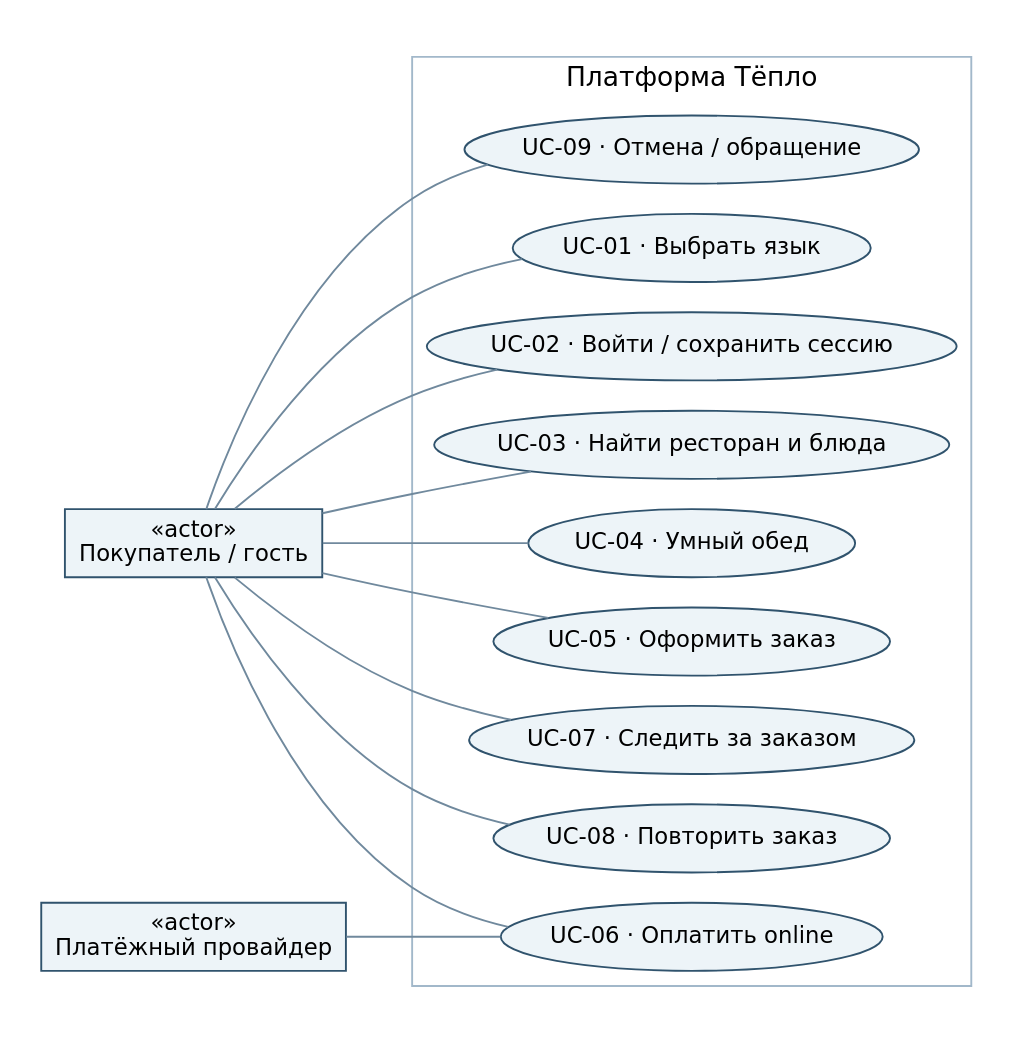
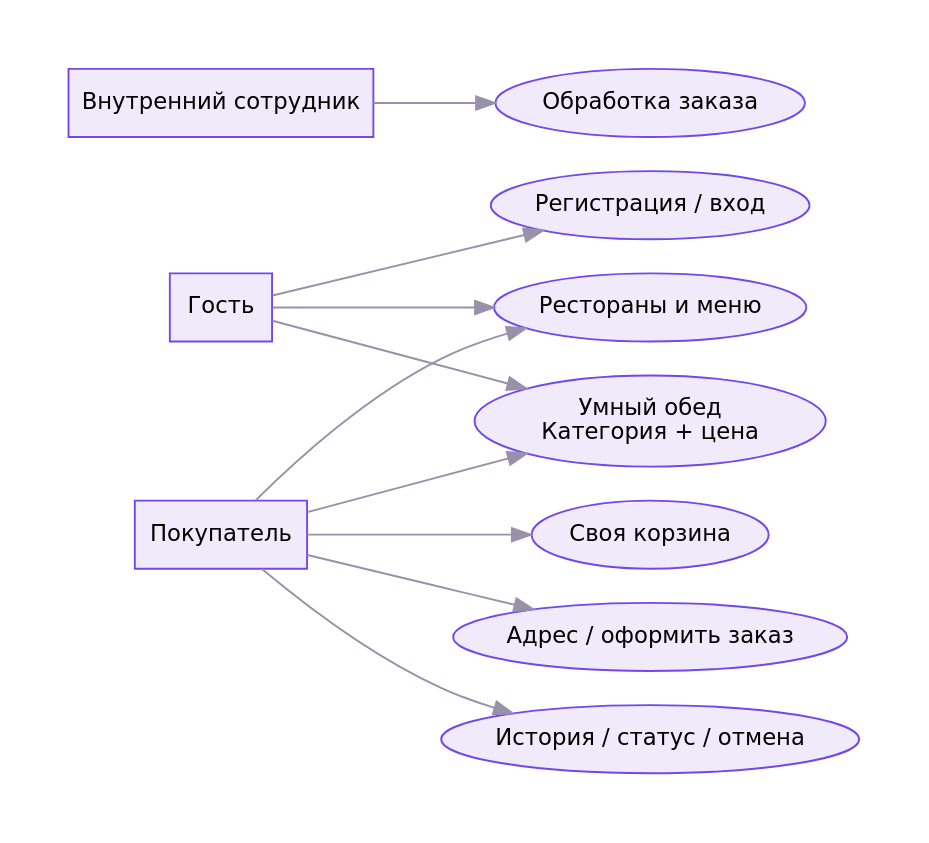
The diagram in docs/marketplace-v2/diagrams/customer-use-cases.dot (Shohjahon2707/Fast-Food-delivery), drawn with Graphviz before and after one commit. The commit also changed 90 other files, not shown here.

```diff
--- a/docs/marketplace-v2/diagrams/customer-use-cases.dot
+++ b/docs/marketplace-v2/diagrams/customer-use-cases.dot
@@ -1,25 +1,18 @@
-graph G { graph [rankdir=LR,fontname="DejaVu Sans",nodesep=.22,ranksep=.6,pad=.2];node [fontname="DejaVu Sans",fontsize=12,style=filled,fillcolor="#EDF4F8",color="#30536D"];edge [color="#70899D"];
-buyer [shape=box,label="«actor»\nПокупатель / гость"];
-pay [shape=box,label="«actor»\nПлатёжный провайдер"];
-subgraph cluster_platform {label="Платформа Тёпло";color="#A2B8CA";
-lang [shape=ellipse,label="UC-01 · Выбрать язык"];
-auth [shape=ellipse,label="UC-02 · Войти / сохранить сессию"];
-menu [shape=ellipse,label="UC-03 · Найти ресторан и блюда"];
-smart [shape=ellipse,label="UC-04 · Умный обед"];
-order [shape=ellipse,label="UC-05 · Оформить заказ"];
-online [shape=ellipse,label="UC-06 · Оплатить online"];
-track [shape=ellipse,label="UC-07 · Следить за заказом"];
-repeat [shape=ellipse,label="UC-08 · Повторить заказ"];
-help [shape=ellipse,label="UC-09 · Отмена / обращение"];
+digraph use_cases {
+ graph [rankdir=LR,bgcolor="white",pad="0.4"];
+ node [fontname="DejaVu Sans",fontsize=12,style=filled,fillcolor="#f0eafa",color="#7048eb"];
+ edge [color="#9990aa"];
+ guest [shape=box,label="Гость"];
+ buyer [shape=box,label="Покупатель"];
+ staff [shape=box,label="Внутренний сотрудник"];
+ catalog [label="Рестораны и меню"];
+ smart [label="Умный обед\nКатегория + цена"];
+ login [label="Регистрация / вход"];
+ cart [label="Своя корзина"];
+ order [label="Адрес / оформить заказ"];
+ history [label="История / статус / отмена"];
+ process [label="Обработка заказа"];
+ guest -> {catalog smart login};
+ buyer -> {catalog smart cart order history};
+ staff -> process;
 }
-buyer -- lang;
-buyer -- auth;
-buyer -- menu;
-buyer -- smart;
-buyer -- order;
-buyer -- online;
-buyer -- track;
-buyer -- repeat;
-buyer -- help;
-pay -- online;
-}
```
